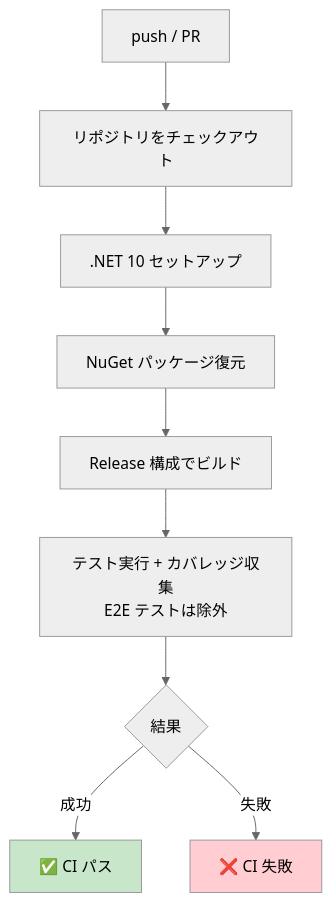
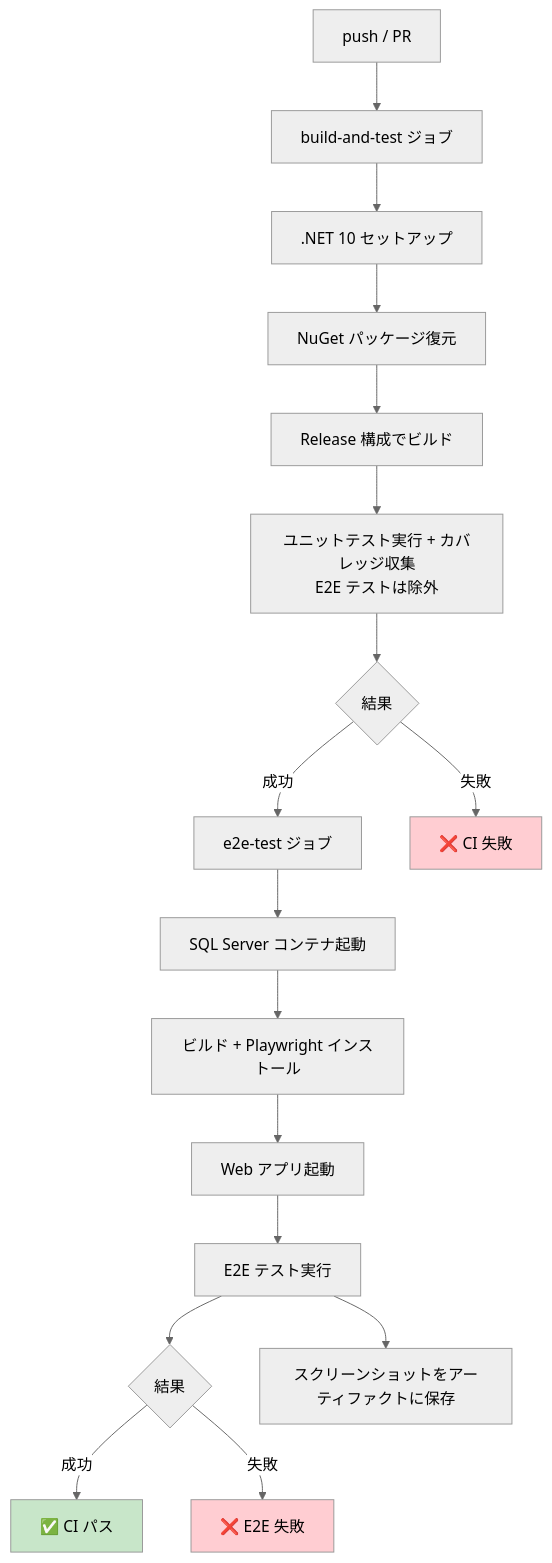
One commit to vehiclevisionjp/VehicleVision.Pleasanter.ReplicaSync changed the second of 4 diagrams in docs/contributing/ci-workflow.md. Above: the diagram before and after it, drawn with Mermaid (neutral theme). The commit also changed other lines of this file and 1 other file, not shown here.

Commit message:
テストを修正

````diff
--- a/docs/contributing/ci-workflow.md
+++ b/docs/contributing/ci-workflow.md
@@ -107,14 +107,24 @@
 ```mermaid
 flowchart TD
-    A[push / PR] --> B[リポジトリをチェックアウト]
+    A[push / PR] --> B[build-and-test ジョブ]
     B --> C[.NET 10 セットアップ]
     C --> D[NuGet パッケージ復元]
     D --> E[Release 構成でビルド]
-    E --> F[テスト実行 + カバレッジ収集\nE2E テストは除外]
+    E --> F[ユニットテスト実行 + カバレッジ収集\nE2E テストは除外]
     F --> G{結果}
-    G -->|成功| H[✅ CI パス]
+    G -->|成功| H[e2e-test ジョブ]
     G -->|失敗| I[❌ CI 失敗]
 
-    style H fill:#c8e6c9
+    H --> J[SQL Server コンテナ起動]
+    J --> K[ビルド + Playwright インストール]
+    K --> L[Web アプリ起動]
+    L --> M[E2E テスト実行]
+    M --> N{結果}
+    N -->|成功| O[✅ CI パス]
+    N -->|失敗| P[❌ E2E 失敗]
+    M --> Q[スクリーンショットをアーティファクトに保存]
+
+    style O fill:#c8e6c9
     style I fill:#ffcdd2
+    style P fill:#ffcdd2
 ```
````
